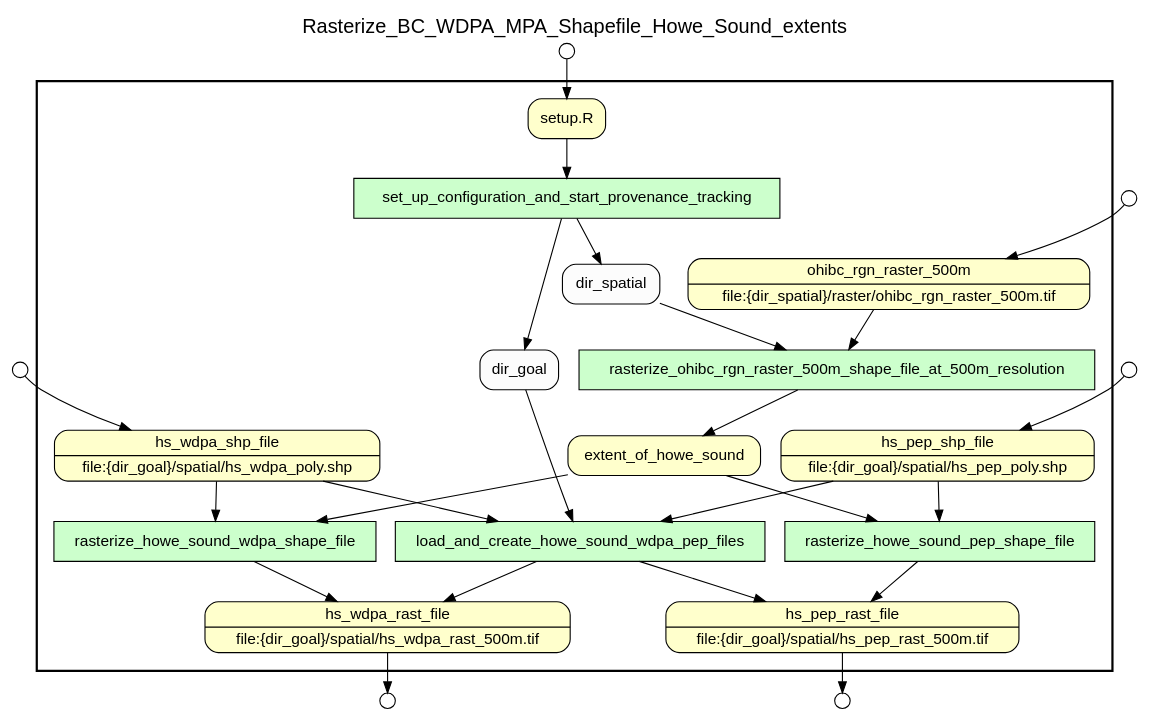
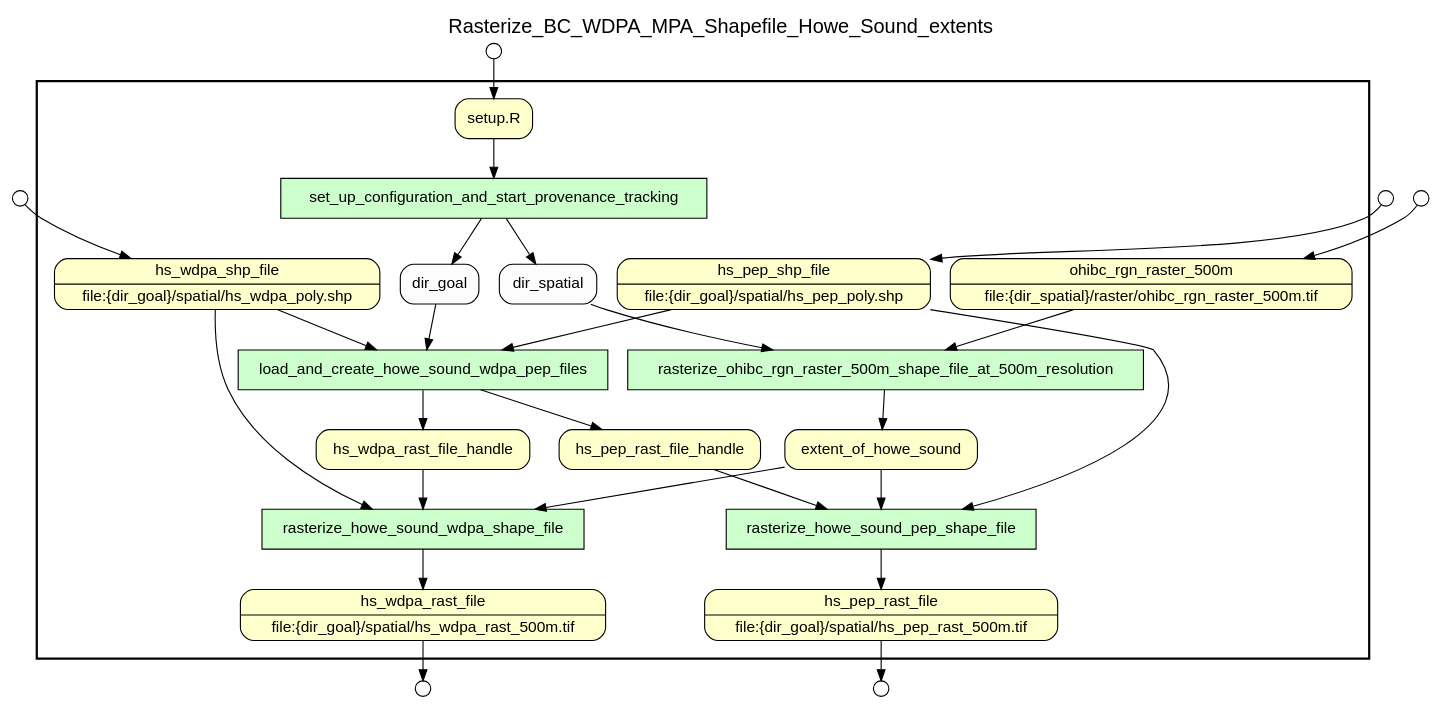
One commit to sycao5/runManager-multipleRuns changed the diagram in examples/OHIBC_Howe_Sound/rasterize_HS_WDPA_and_PEP.gv. Above: the diagram before and after it, drawn with Graphviz. The commit also changed 3 other files, not shown here.

Commit message:
Refine the YW annotations for rasterize_HS_WDPA_and_PEP.R script

```diff
--- a/examples/OHIBC_Howe_Sound/rasterize_HS_WDPA_and_PEP.gv
+++ b/examples/OHIBC_Howe_Sound/rasterize_HS_WDPA_and_PEP.gv
@@ -1,92 +1,95 @@
-
 /* Start of top-level graph */
 digraph Workflow {
 rankdir=TB
 
 /* Title for graph */
 fontname=Helvetica; fontsize=18; labelloc=t
 label=Rasterize_BC_WDPA_MPA_Shapefile_Howe_Sound_extents
 
 /* Start of double cluster for drawing box around nodes in workflow */
 subgraph cluster_workflow_box_outer { label=""; color=black; penwidth=2
 subgraph cluster_workflow_box_inner { label=""; penwidth=0
 
 /* Style for nodes representing atomic programs in workflow */
 node[shape=box style=filled fillcolor="#CCFFCC" peripheries=1 fontname=Helvetica]
 
 /* Nodes representing atomic programs in workflow */
 set_up_configuration_and_start_provenance_tracking
 rasterize_ohibc_rgn_raster_500m_shape_file_at_500m_resolution
 load_and_create_howe_sound_wdpa_pep_files
 rasterize_howe_sound_wdpa_shape_file
 rasterize_howe_sound_pep_shape_file
 
 /* Style for nodes representing non-parameter data channels in workflow */
 node[shape=box style="rounded,filled" fillcolor="#FFFFCC" peripheries=1 fontname=Helvetica]
 
 /* Nodes for non-parameter data channels in workflow */
 hs_wdpa_rast_file [shape=record rankdir=LR label="{<f0> hs_wdpa_rast_file |<f1> file\:\{dir_goal\}/spatial/hs_wdpa_rast_500m.tif}"];
 hs_pep_rast_file [shape=record rankdir=LR label="{<f0> hs_pep_rast_file |<f1> file\:\{dir_goal\}/spatial/hs_pep_rast_500m.tif}"];
 "setup.R"
 ohibc_rgn_raster_500m [shape=record rankdir=LR label="{<f0> ohibc_rgn_raster_500m |<f1> file\:\{dir_spatial\}/raster/ohibc_rgn_raster_500m.tif}"];
 hs_wdpa_shp_file [shape=record rankdir=LR label="{<f0> hs_wdpa_shp_file |<f1> file\:\{dir_goal\}/spatial/hs_wdpa_poly.shp}"];
 hs_pep_shp_file [shape=record rankdir=LR label="{<f0> hs_pep_shp_file |<f1> file\:\{dir_goal\}/spatial/hs_pep_poly.shp}"];
 extent_of_howe_sound
+hs_wdpa_rast_file_handle
+hs_pep_rast_file_handle
 
 /* Style for nodes representing parameter channels in workflow */
 node[shape=box style="rounded,filled" fillcolor="#FCFCFC" peripheries=1 fontname=Helvetica]
 
 /* Nodes representing parameter channels in workflow */
 dir_spatial
 dir_goal
 
 /* Edges representing connections between programs and channels */
 set_up_configuration_and_start_provenance_tracking -> dir_spatial
 set_up_configuration_and_start_provenance_tracking -> dir_goal
 "setup.R" -> set_up_configuration_and_start_provenance_tracking
 rasterize_ohibc_rgn_raster_500m_shape_file_at_500m_resolution -> extent_of_howe_sound
 dir_spatial -> rasterize_ohibc_rgn_raster_500m_shape_file_at_500m_resolution
 ohibc_rgn_raster_500m -> rasterize_ohibc_rgn_raster_500m_shape_file_at_500m_resolution
-load_and_create_howe_sound_wdpa_pep_files -> hs_wdpa_rast_file
-load_and_create_howe_sound_wdpa_pep_files -> hs_pep_rast_file
+load_and_create_howe_sound_wdpa_pep_files -> hs_wdpa_rast_file_handle
+load_and_create_howe_sound_wdpa_pep_files -> hs_pep_rast_file_handle
 dir_goal -> load_and_create_howe_sound_wdpa_pep_files
 hs_wdpa_shp_file -> load_and_create_howe_sound_wdpa_pep_files
 hs_pep_shp_file -> load_and_create_howe_sound_wdpa_pep_files
 rasterize_howe_sound_wdpa_shape_file -> hs_wdpa_rast_file
 hs_wdpa_shp_file -> rasterize_howe_sound_wdpa_shape_file
 extent_of_howe_sound -> rasterize_howe_sound_wdpa_shape_file
+hs_wdpa_rast_file_handle -> rasterize_howe_sound_wdpa_shape_file
 rasterize_howe_sound_pep_shape_file -> hs_pep_rast_file
 hs_pep_shp_file -> rasterize_howe_sound_pep_shape_file
 extent_of_howe_sound -> rasterize_howe_sound_pep_shape_file
+hs_pep_rast_file_handle -> rasterize_howe_sound_pep_shape_file
 
 /* End of double cluster for drawing box around nodes in workflow */
 }}
 
 /* Style for nodes representing workflow input ports */
 node[shape=circle style="rounded,filled" fillcolor="#FFFFFF" peripheries=1 fontname=Helvetica width=0.2]
 
 /* Nodes representing workflow input ports */
 "setup.R_input_port" [label=""]
 hs_wdpa_shp_file_input_port [label=""]
 hs_pep_shp_file_input_port [label=""]
 ohibc_rgn_raster_500m_input_port [label=""]
 
 /* Style for nodes representing workflow output ports */
 node[shape=circle style="rounded,filled" fillcolor="#FFFFFF" peripheries=1 fontname=Helvetica width=0.2]
 
 /* Nodes representing workflow output ports */
 hs_wdpa_rast_file_output_port [label=""]
 hs_pep_rast_file_output_port [label=""]
 
 /* Edges from input ports to channels */
 "setup.R_input_port" -> "setup.R"
 hs_wdpa_shp_file_input_port -> hs_wdpa_shp_file
 hs_pep_shp_file_input_port -> hs_pep_shp_file
 ohibc_rgn_raster_500m_input_port -> ohibc_rgn_raster_500m
 
 /* Edges from channels to output ports */
 hs_wdpa_rast_file -> hs_wdpa_rast_file_output_port
 hs_pep_rast_file -> hs_pep_rast_file_output_port
 
 /* End of top-level graph */
 }
```
